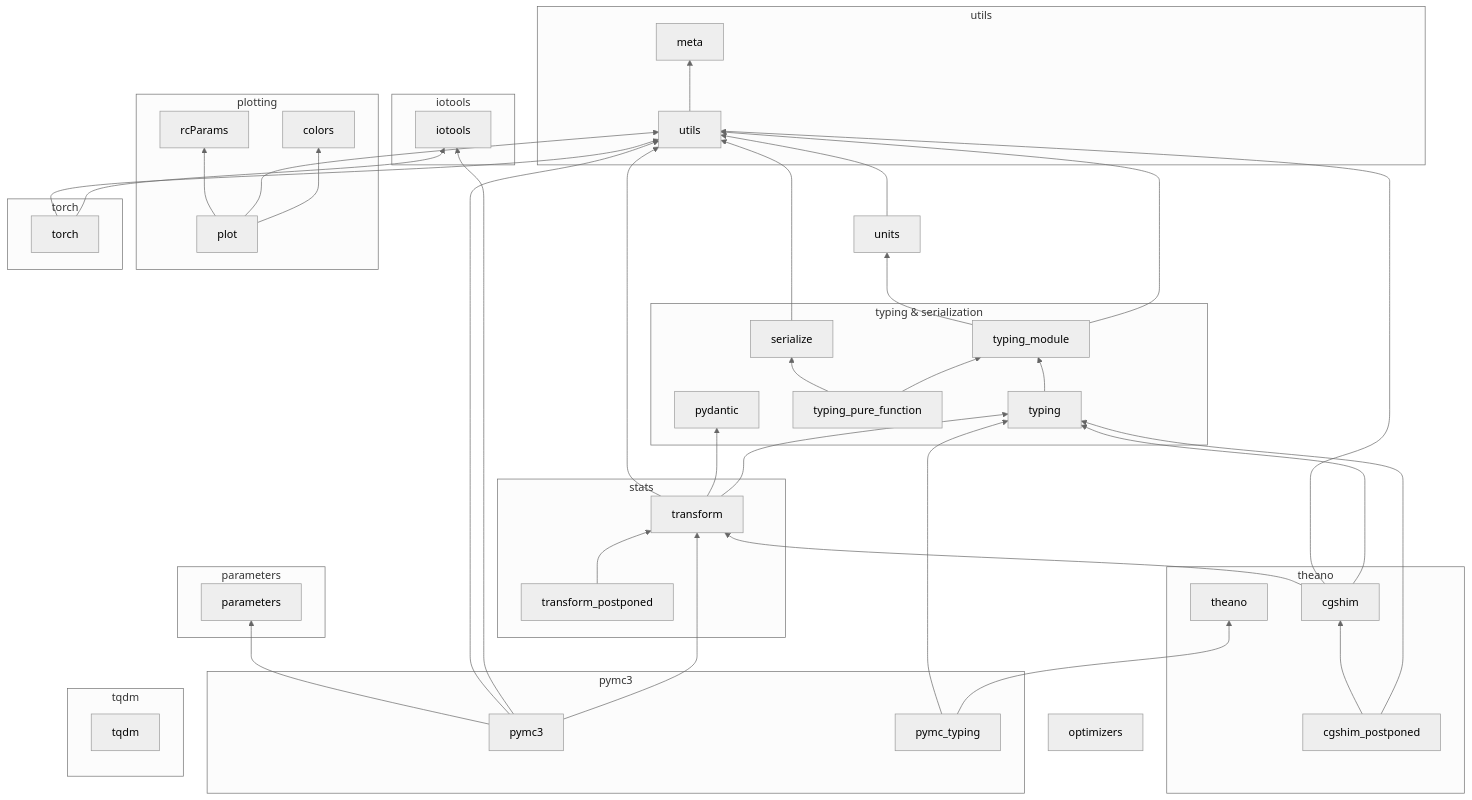
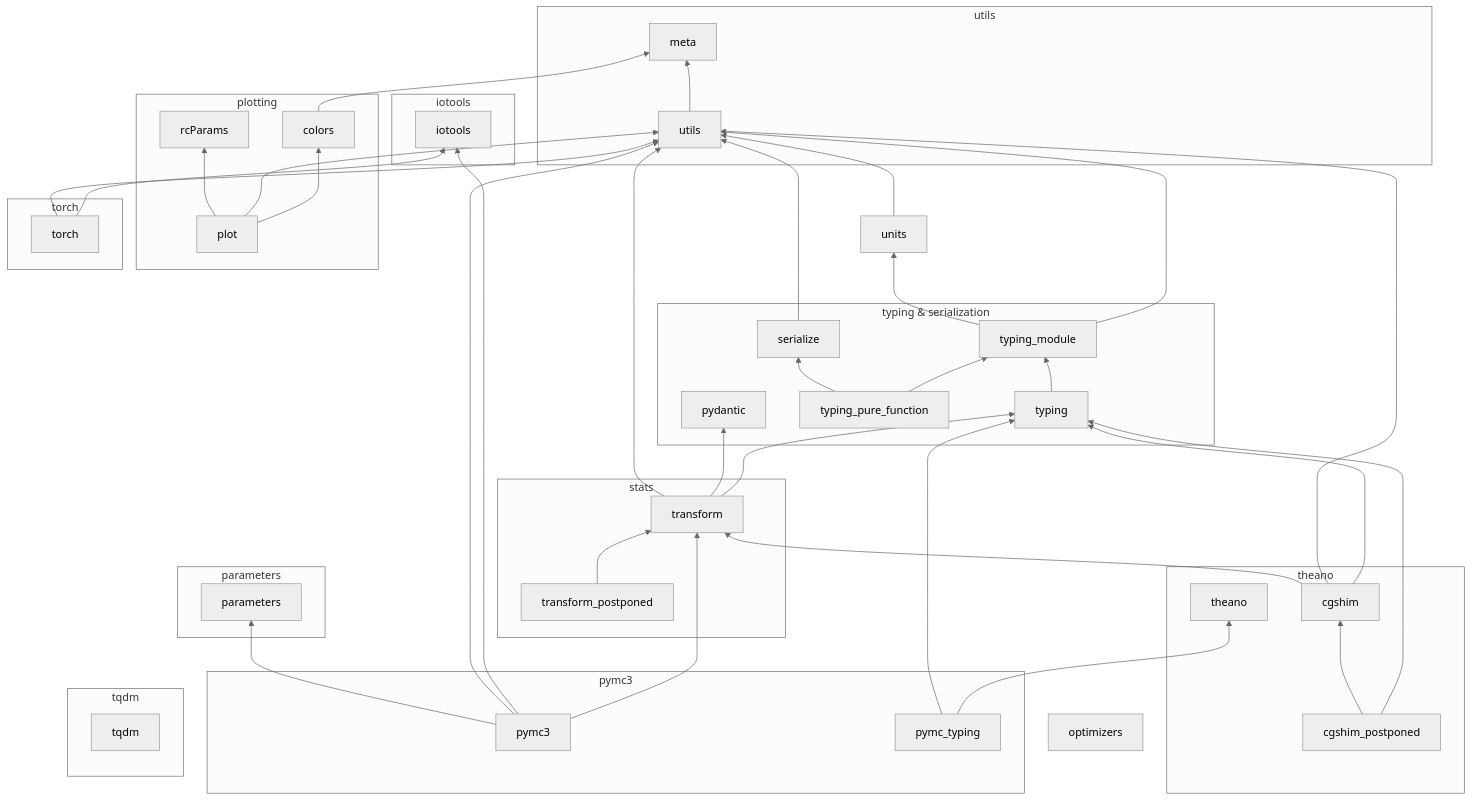
One commit to mackelab/mackelab-toolbox changed the diagram in docs/module_dependencies.rst. Above: the diagram before and after it, drawn with Mermaid (neutral theme). The commit also changed 2 other files, not shown here.

Commit message:
[viz] Add ColorScheme class

```diff
--- a/docs/module_dependencies.rst
+++ b/docs/module_dependencies.rst
@@ -6,81 +6,82 @@
 .. mermaid::
    :caption: Dependencies between *mackelab_toolbox* modules. An arrow from modules A to B indicates that A imports B. Modules are grouped into *contexts*, indicated by yellow boxes. Dependencies for individual contexts can be installed by providing their name as an extra argument to `pip install`. (Some contexts depend on others, which are then also installed.)
 
    graph BT
      subgraph utils_context["utils"]
        meta
        utils --> meta
      end
      
      subgraph typing_context["typing & serialization"]
        typing
        typing_module
        typing_pure_function
        serialize
        pydantic
      end
      typing --> typing_module
      typing_module --> utils
      typing_module --> units
      typing_pure_function --> typing_module
      typing_pure_function --> serialize
      serialize --> utils
      
      subgraph stats
        transform
        transform_postponed
      end
      transform --> typing
      transform --> pydantic
      transform --> utils
      transform_postponed --> transform
      
      subgraph pymc_context["pymc3"]
        pymc3
        pymc_typing
      end
      pymc3 --> transform
      pymc3 --> iotools
      pymc3 --> utils
      pymc3 --> parameters
      
      subgraph theano_context["theano"]
        theano
        cgshim_postponed
        cgshim
      end
      pymc_typing --> theano
      pymc_typing --> typing
      
      subgraph iotools_context["iotools"]
        iotools
      end
      subgraph parameters_context["parameters"]
        parameters
      end
      
      cgshim_postponed --> typing
      cgshim_postponed --> cgshim
      cgshim --> typing
      cgshim --> utils
      cgshim --> transform
      
      rcParams
      optimizers
      parameters
      subgraph tqdm_context["tqdm"]
        tqdm
      end
      units --> utils
      
      subgraph plotting_context["plotting"]
+       colors --> meta
        plot --> colors
        plot --> utils
        plot --> rcParams
      end
      
      subgraph torch_context["torch"]
        torch
      end
      torch --> iotools
      torch --> utils
```
